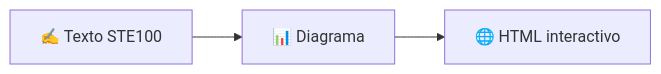
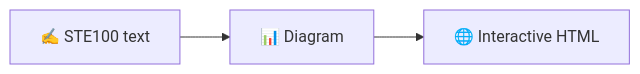
One commit to lucasvidela94/explainer changed the first of 2 diagrams in README.md. Above: the diagram before and after it, drawn with Mermaid. The commit also changed other lines of this file, not shown here.

````diff
--- a/README.md
+++ b/README.md
@@ -28,5 +26,5 @@
 ```mermaid
 flowchart LR
-  T["✍️ Texto STE100"] --> D["📊 Diagrama"]
-  D --> H["🌐 HTML interactivo"]
+  T["✍️ STE100 text"] --> D["📊 Diagram"]
+  D --> H["🌐 Interactive HTML"]
 ```
````
